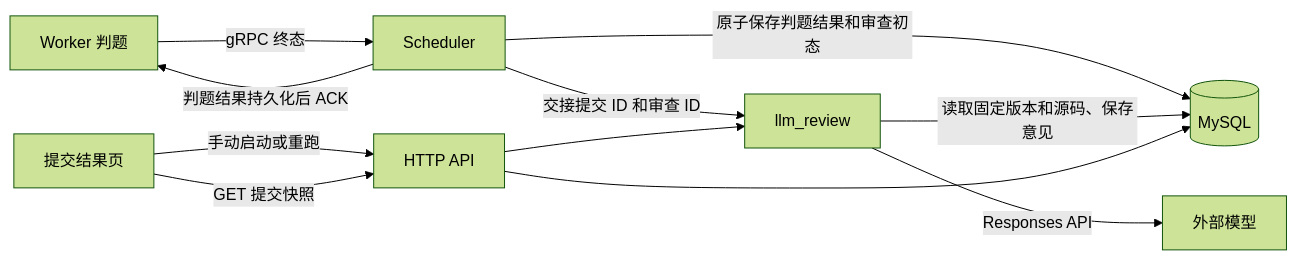
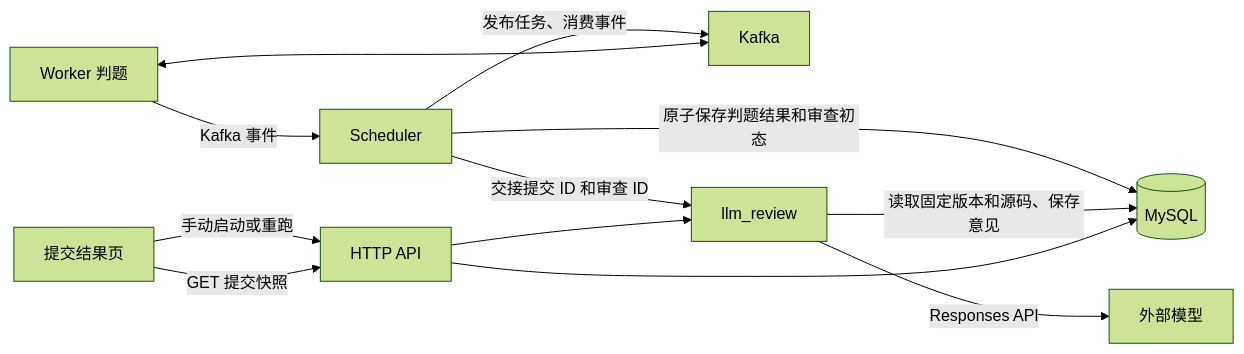
One commit to Reto911/acorn changed the diagram in docs/08-llm-code-review-design.md. Above: the diagram before and after it, drawn with Mermaid (forest theme). The commit also changed other lines of this file and 47 other files, not shown here.

````diff
--- a/docs/08-llm-code-review-design.md
+++ b/docs/08-llm-code-review-design.md
@@ -66,13 +66,14 @@
 ```mermaid
 flowchart LR
-    Worker[Worker 判题] -->|gRPC 终态| Scheduler
+    Worker[Worker 判题] -->|Kafka 事件| Scheduler
     Scheduler -->|原子保存判题结果和审查初态| DB[(MySQL)]
-    Scheduler -->|判题结果持久化后 ACK| Worker
+    Scheduler -->|发布任务、消费事件| Kafka[Kafka]
+    Kafka <--> Worker
     Scheduler -->|交接提交 ID 和审查 ID| Review[llm_review]
     UI[提交结果页] -->|手动启动或重跑| HTTP[HTTP API]
     HTTP --> Review
     Review -->|读取固定版本和源码、保存意见| DB
     Review -->|Responses API| LLM[外部模型]
     UI -->|GET 提交快照| HTTP
     HTTP --> DB
 ```
````
